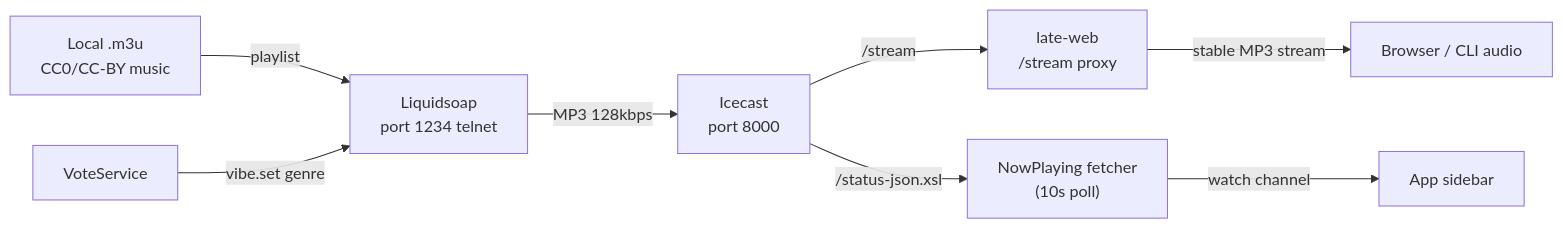
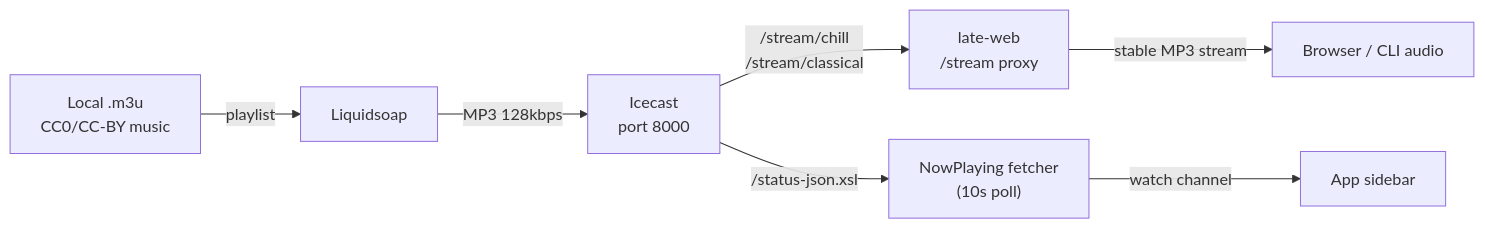
Before and after one commit to mpiorowski/late-sh: the sixth of 6 diagrams in CONTEXT.md, drawn with Mermaid. The commit also changed other lines of this file and 56 other files, not shown here.

````diff
--- a/CONTEXT.md
+++ b/CONTEXT.md
@@ -365,10 +361,9 @@
 ```mermaid
 flowchart LR
     LOCAL["Local .m3u<br/>CC0/CC-BY music"] -->|"playlist"| LS
-    LS["Liquidsoap<br/>port 1234 telnet"] -->|"MP3 128kbps"| IC["Icecast<br/>port 8000"]
-    IC -->|"/stream"| WEBSTREAM["late-web<br/>/stream proxy"]
+    LS["Liquidsoap"] -->|"MP3 128kbps"| IC["Icecast<br/>port 8000"]
+    IC -->|"/stream/chill<br/>/stream/classical"| WEBSTREAM["late-web<br/>/stream proxy"]
     WEBSTREAM -->|"stable MP3 stream"| B["Browser / CLI audio"]
     IC -->|"/status-json.xsl"| FETCH["NowPlaying fetcher<br/>(10s poll)"]
     FETCH -->|"watch channel"| APP["App sidebar"]
-    VS["VoteService"] -->|"vibe.set genre"| LS
 ```
````
